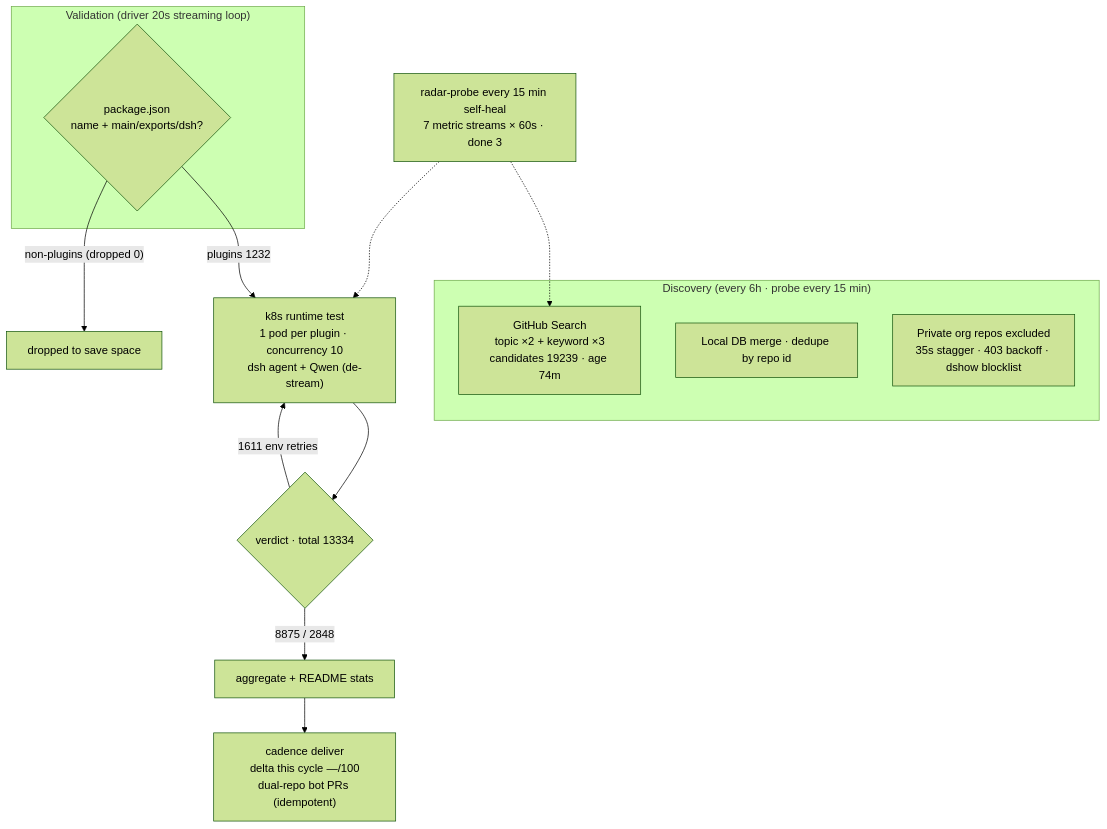
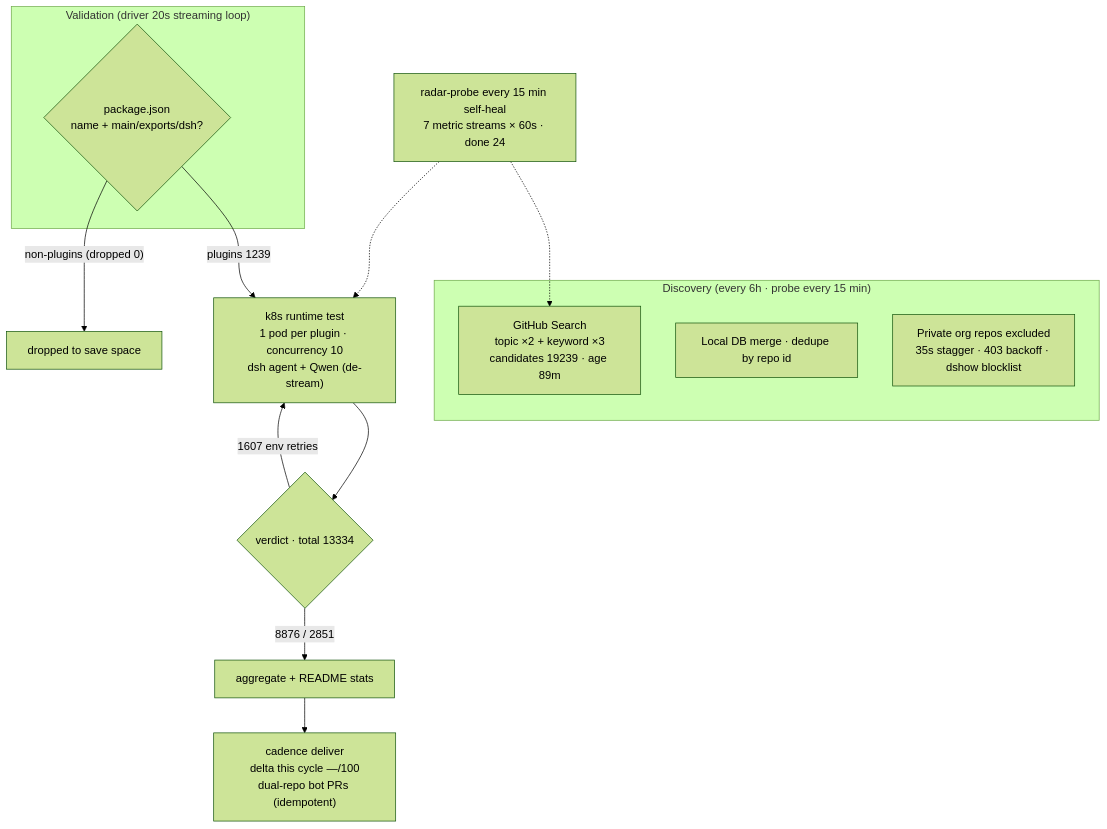
One commit to AdamPlatin123/dsh-plugin-radar changed the diagram in README.en-US.md. Above: the diagram before and after it, drawn with Mermaid (forest theme). The commit also changed other lines of this file and 10 other files, not shown here.

````diff
--- a/README.en-US.md
+++ b/README.en-US.md
@@ -45,20 +45,20 @@
 ```mermaid
 flowchart TB
     subgraph Discovery["Discovery (every 6h · probe every 15 min)"]
-        A1["GitHub Search<br/>topic ×2 + keyword ×3<br/>candidates 19239 · age 74m"]
+        A1["GitHub Search<br/>topic ×2 + keyword ×3<br/>candidates 19239 · age 89m"]
         A2["Local DB merge · dedupe by repo id"]
         A3["Private org repos excluded<br/>35s stagger · 403 backoff · dshow blocklist"]
     end
     subgraph Validation["Validation (driver 20s streaming loop)"]
         B1{"package.json<br/>name + main/exports/dsh?"}
     end
-    B1 -->|"plugins 1232"| C1["k8s runtime test<br/>1 pod per plugin · concurrency 10<br/>dsh agent + Qwen (de-stream)"]
+    B1 -->|"plugins 1239"| C1["k8s runtime test<br/>1 pod per plugin · concurrency 10<br/>dsh agent + Qwen (de-stream)"]
     B1 -->|"non-plugins (dropped 0)"| B3["dropped to save space"]
     C1 --> D1{"verdict · total 13334"}
-    D1 -->|"8875 / 2848"| E1["aggregate + README stats"]
-    D1 -->|"1611 env retries"| C1
+    D1 -->|"8876 / 2851"| E1["aggregate + README stats"]
+    D1 -->|"1607 env retries"| C1
     E1 --> E2["cadence deliver<br/>delta this cycle —/100<br/>dual-repo bot PRs (idempotent)"]
-    M["radar-probe every 15 min self-heal<br/>7 metric streams × 60s · done 3"]
+    M["radar-probe every 15 min self-heal<br/>7 metric streams × 60s · done 24"]
     M -.-> A1
     M -.-> C1
 ```
````
